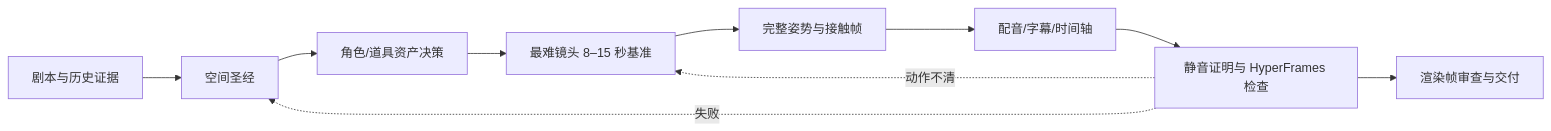
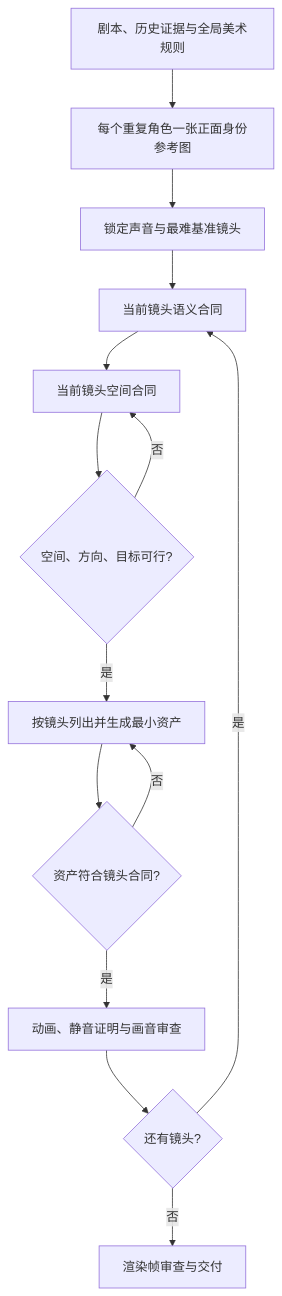
Before and after one commit to huaweier00/paper-animation-director: the diagram in references/production-retrospective.md, drawn with Mermaid. The commit also changed other lines of this file and 19 other files, not shown here.

````diff
--- a/references/production-retrospective.md
+++ b/references/production-retrospective.md
@@ -48,12 +48,16 @@
 ```mermaid
-flowchart LR
-  A[剧本与历史证据] --> B[空间圣经]
-  B --> C[角色/道具资产决策]
-  C --> D[最难镜头 8–15 秒基准]
-  D --> E[完整姿势与接触帧]
-  E --> F[配音/字幕/时间轴]
-  F --> G[静音证明与 HyperFrames 检查]
-  G --> H[渲染帧审查与交付]
-  G -.失败.-> B
-  G -.动作不清.-> D
+flowchart TD
+  A[剧本、历史证据与全局美术规则] --> B[每个重复角色一张正面身份参考图]
+  B --> C[锁定声音与最难基准镜头]
+  C --> D[当前镜头语义合同]
+  D --> E[当前镜头空间合同]
+  E --> F{空间、方向、目标可行?}
+  F -- 否 --> E
+  F -- 是 --> G[按镜头列出并生成最小资产]
+  G --> H{资产符合镜头合同?}
+  H -- 否 --> G
+  H -- 是 --> I[动画、静音证明与画音审查]
+  I --> J{还有镜头?}
+  J -- 是 --> D
+  J -- 否 --> K[渲染帧审查与交付]
 ```
````
